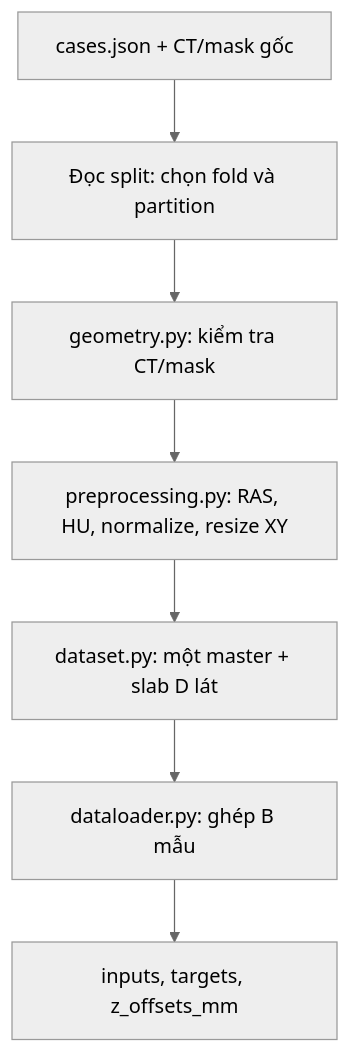
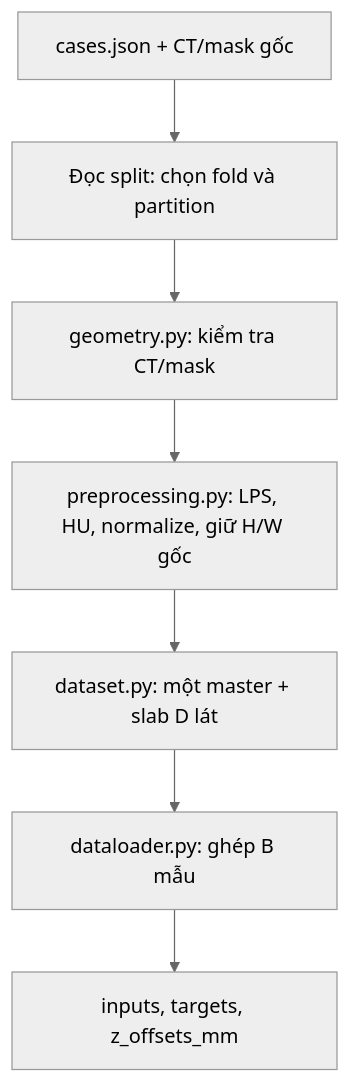
The diagram in README.md (torusama/merit-covid-ct), drawn with Mermaid (neutral theme) before and after one commit. The commit also changed other lines of this file and 29 other files, not shown here.

````diff
--- a/README.md
+++ b/README.md
@@ -49,9 +64,9 @@
 ```mermaid
 flowchart TD
     A["cases.json + CT/mask gốc"] --> B["Đọc split: chọn fold và partition"]
     B --> C["geometry.py: kiểm tra CT/mask"]
-    C --> D["preprocessing.py: RAS, HU, normalize, resize XY"]
+    C --> D["preprocessing.py: LPS, HU, normalize, giữ H/W gốc"]
     D --> E["dataset.py: một master + slab D lát"]
     E --> F["dataloader.py: ghép B mẫu"]
     F --> G["inputs, targets, z_offsets_mm"]
 ```
````
